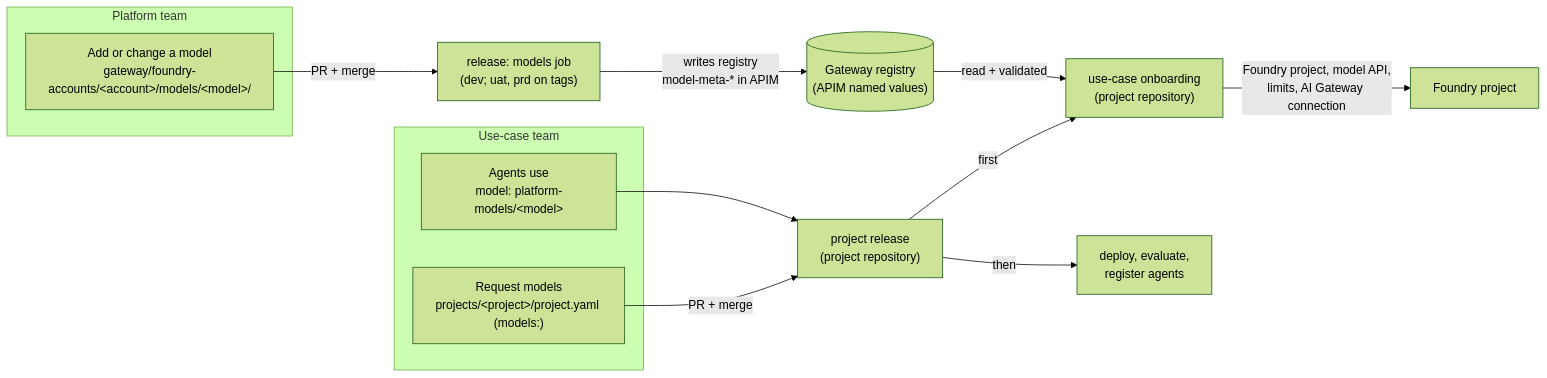
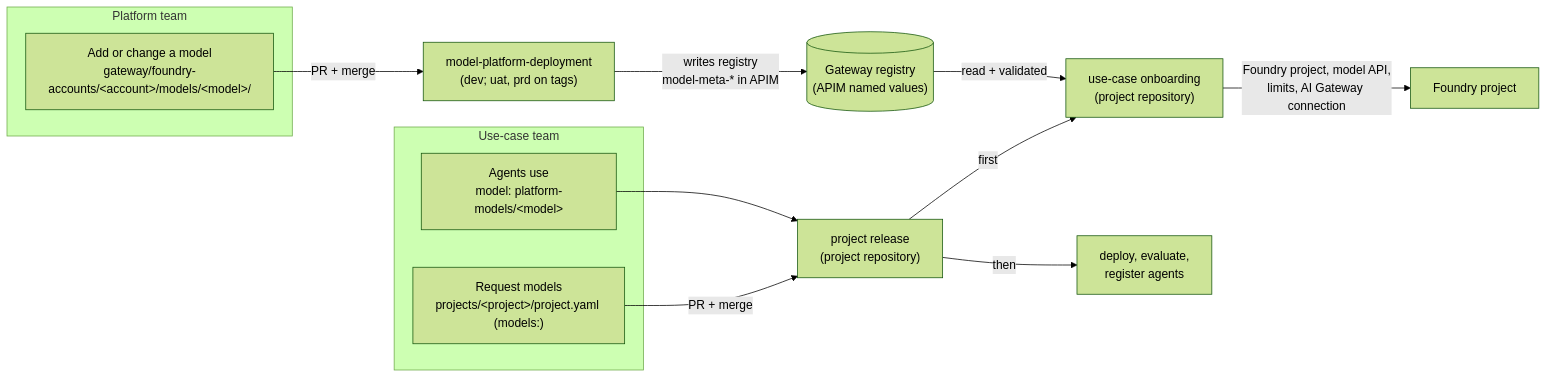
The first of 2 diagrams in gateway/README.md (DeepuMM/ai-gateway), drawn with Mermaid (forest theme) before and after one commit. The commit also changed other lines of this file and 11 other files, not shown here.

First line of the commit message:
Separate pipelines again: gateway-policy-deployment and model-platform-deployment

````diff
--- a/gateway/README.md
+++ b/gateway/README.md
@@ -45,18 +45,18 @@
 ```mermaid
 flowchart LR
   subgraph PT["Platform team"]
     A["Add or change a model<br/>gateway/foundry-accounts/&lt;account&gt;/models/&lt;model&gt;/"]
   end
   subgraph UC["Use-case team"]
     B["Request models<br/>projects/&lt;project&gt;/project.yaml (models:)"]
     C["Agents use<br/>model: platform-models/&lt;model&gt;"]
   end
-  A -->|PR + merge| P2["release: models job<br/>(dev; uat, prd on tags)"]
+  A -->|PR + merge| P2["model-platform-deployment<br/>(dev; uat, prd on tags)"]
   P2 -->|"writes registry<br/>model-meta-* in APIM"| REG[("Gateway registry<br/>(APIM named values)")]
   B -->|PR + merge| AD["project release<br/>(project repository)"]
   AD -->|first| P3["use-case onboarding<br/>(project repository)"]
   REG -->|read + validated| P3
   P3 -->|"Foundry project, model API,<br/>limits, AI Gateway connection"| PROJ["Foundry project"]
   AD -->|then| DEP["deploy, evaluate,<br/>register agents"]
   C --> AD
 ```
````
